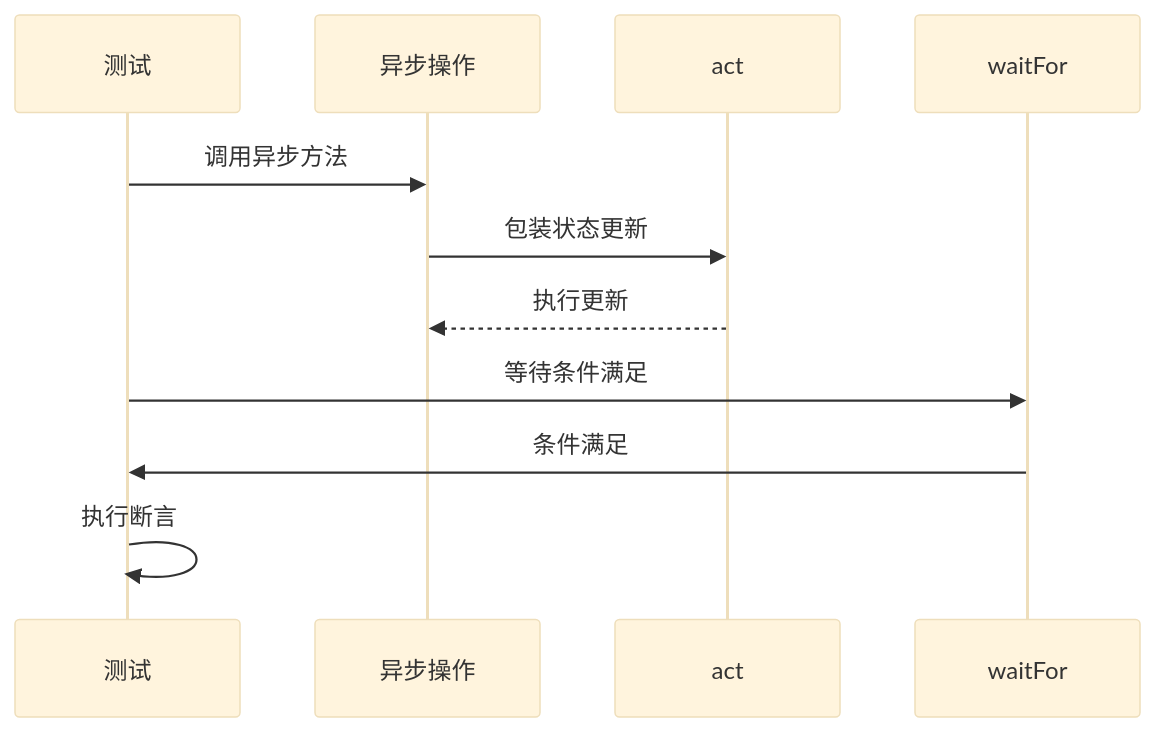
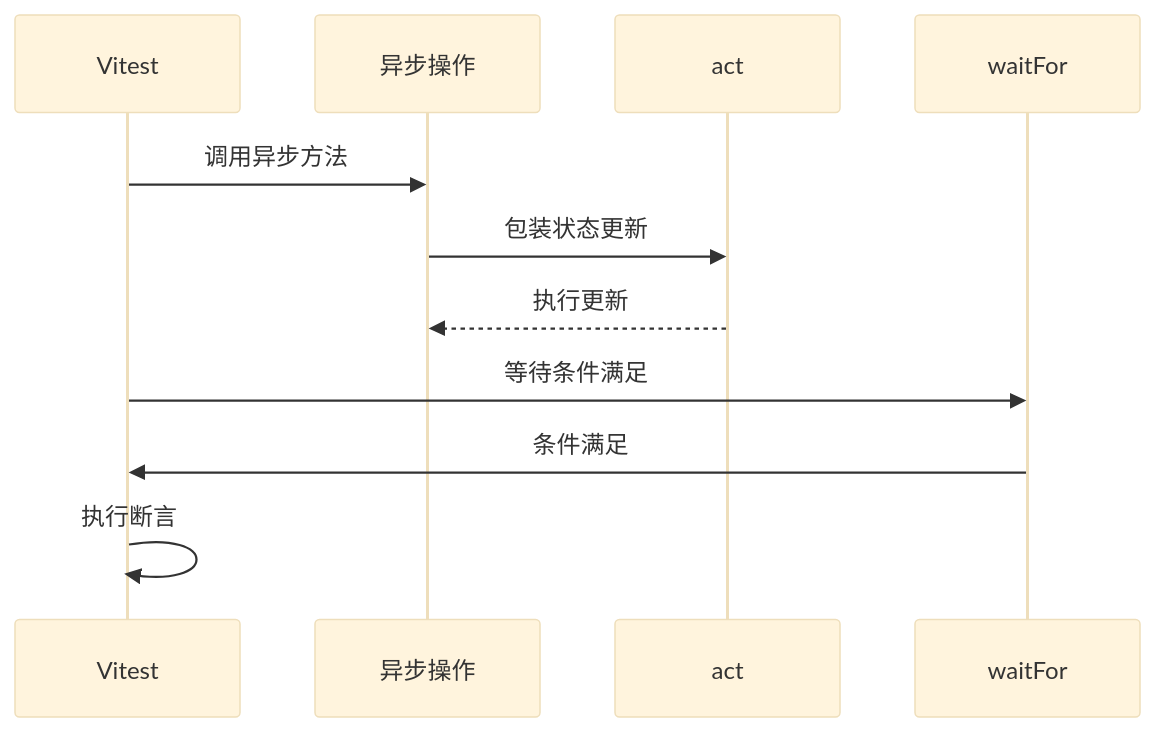
One commit to fengerzh/react-vscode-template changed the eighth of 11 diagrams in .qoder/repowiki/zh/content/测试策略/单元测试.md. Above: the diagram before and after it, drawn with Mermaid (base theme). The commit also changed other lines of this file and 15 other files, not shown here.

````diff
--- a/.qoder/repowiki/zh/content/测试策略/单元测试.md
+++ b/.qoder/repowiki/zh/content/测试策略/单元测试.md
@@ -293,13 +307,13 @@
 ```mermaid
 sequenceDiagram
-participant 测试 as 测试
+participant 测试 as Vitest
 participant 异步操作 as 异步操作
 participant act as act
 participant waitFor as waitFor
 测试->>异步操作 : 调用异步方法
 异步操作->>act : 包装状态更新
 act-->>异步操作 : 执行更新
 测试->>waitFor : 等待条件满足
 waitFor->>测试 : 条件满足
 测试->>测试 : 执行断言
 ```
````
